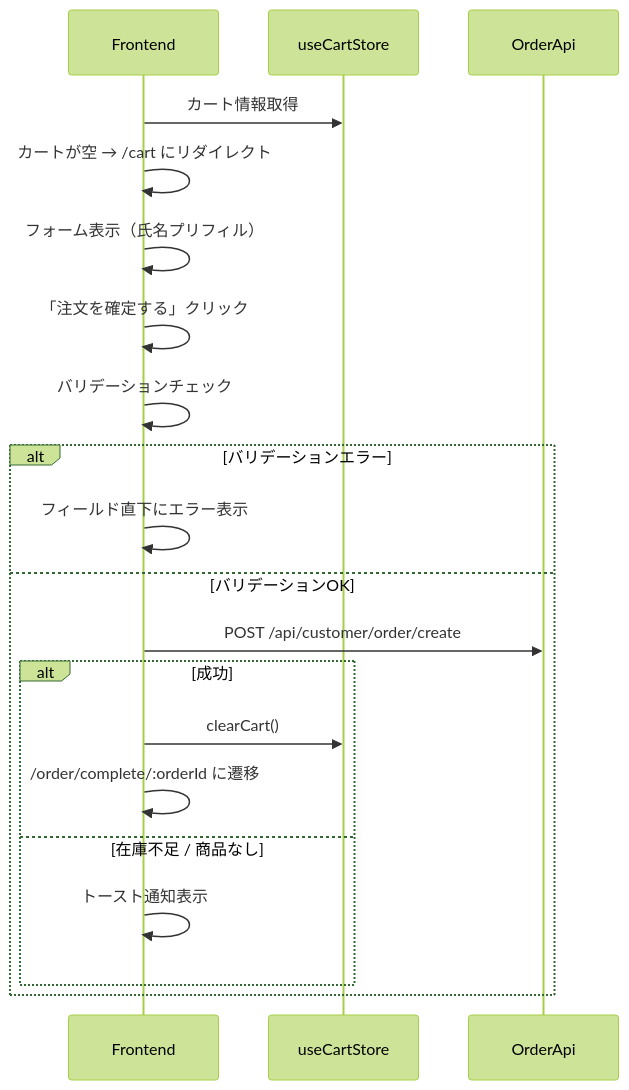
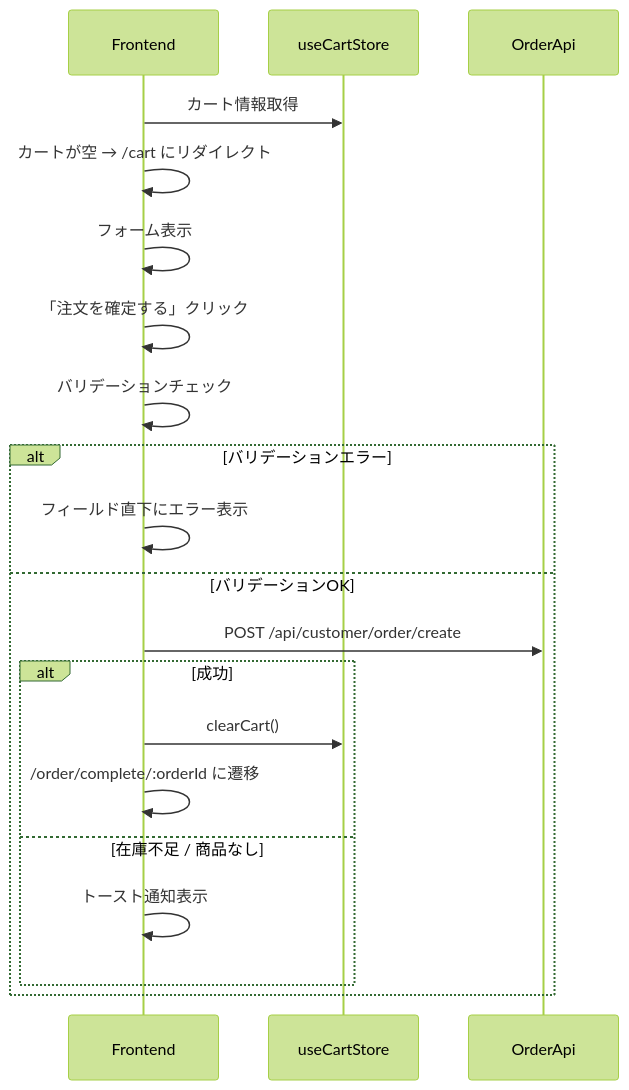
One commit to misaku54/ec-app changed the diagram in steering/20260529-checkout/design.md. Above: the diagram before and after it, drawn with Mermaid (forest theme). The commit also changed other lines of this file, not shown here.

````diff
--- a/steering/20260529-checkout/design.md
+++ b/steering/20260529-checkout/design.md
@@ -73,25 +67,25 @@
 ```mermaid
 sequenceDiagram
     participant FE as Frontend
     participant Store as useCartStore
     participant API as OrderApi
 
     FE->>Store: カート情報取得
     FE->>FE: カートが空 → /cart にリダイレクト
 
-    FE->>FE: フォーム表示（氏名プリフィル）
+    FE->>FE: フォーム表示
 
     FE->>FE: 「注文を確定する」クリック
     FE->>FE: バリデーションチェック
     alt バリデーションエラー
         FE->>FE: フィールド直下にエラー表示
     else バリデーションOK
         FE->>API: POST /api/customer/order/create
         alt 成功
             FE->>Store: clearCart()
             FE->>FE: /order/complete/:orderId に遷移
         else 在庫不足 / 商品なし
             FE->>FE: トースト通知表示
         end
     end
 ```
````
